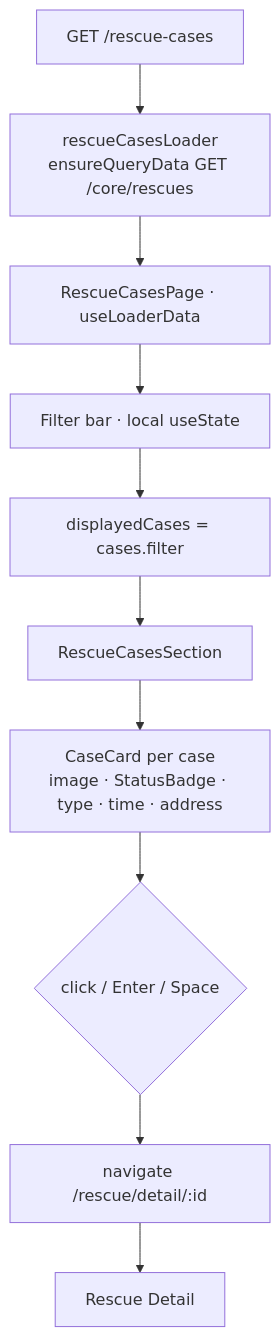
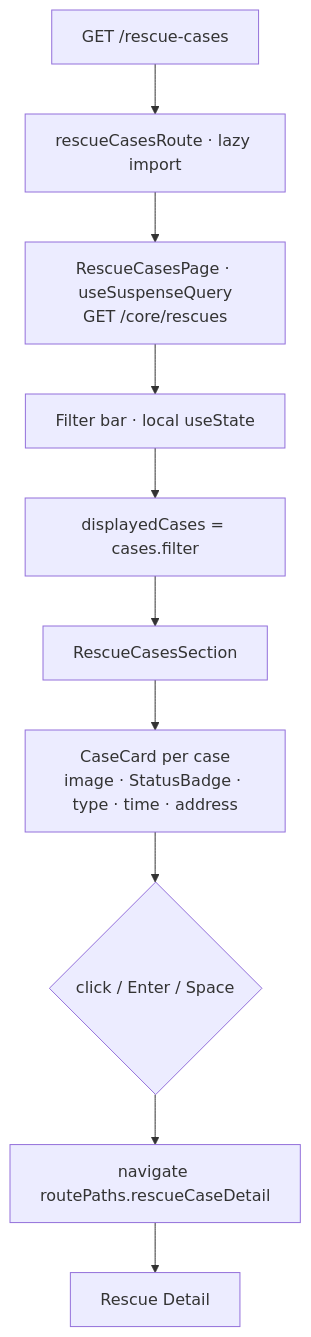
One commit to aoda-zhang/PawHaven-FullStack-React-NodeJS changed the diagram in docs/features/04-rescue-cases.md. Above: the diagram before and after it, drawn with Mermaid. The commit also changed other lines of this file and 133 other files, not shown here.

````diff
--- a/docs/features/04-rescue-cases.md
+++ b/docs/features/04-rescue-cases.md
@@ -62,12 +63,12 @@
 ```mermaid
 flowchart TD
-    A[GET /rescue-cases] --> B[rescueCasesLoader<br/>ensureQueryData GET /core/rescues]
-    B --> C[RescueCasesPage · useLoaderData]
+    A[GET /rescue-cases] --> B[rescueCasesRoute · lazy import]
+    B --> C[RescueCasesPage · useSuspenseQuery<br/>GET /core/rescues]
     C --> D[Filter bar · local useState]
     D --> E[displayedCases = cases.filter]
     E --> F[RescueCasesSection]
     F --> G[CaseCard per case<br/>image · StatusBadge · type · time · address]
     G --> H{click / Enter / Space}
-    H --> I[navigate /rescue/detail/:id]
+    H --> I[navigate routePaths.rescueCaseDetail]
     I --> J[Rescue Detail]
 ```
````
